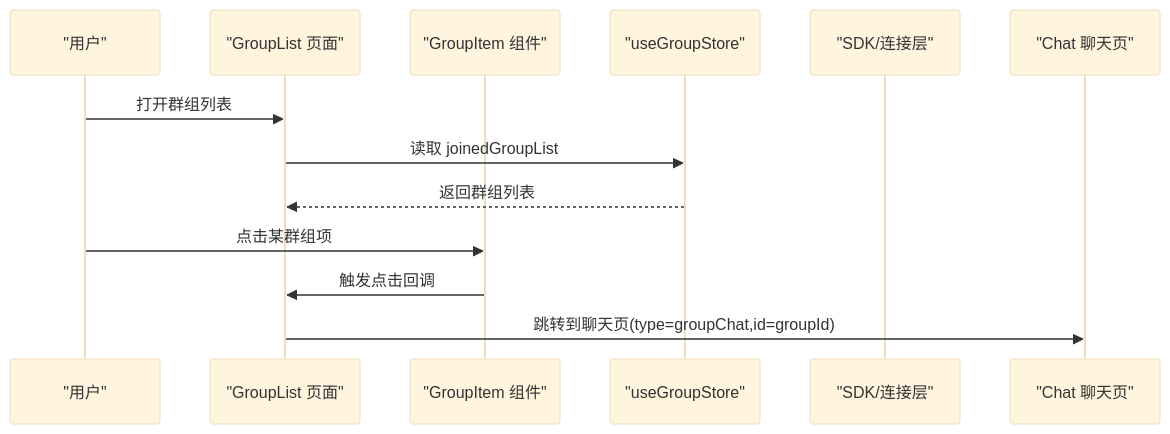
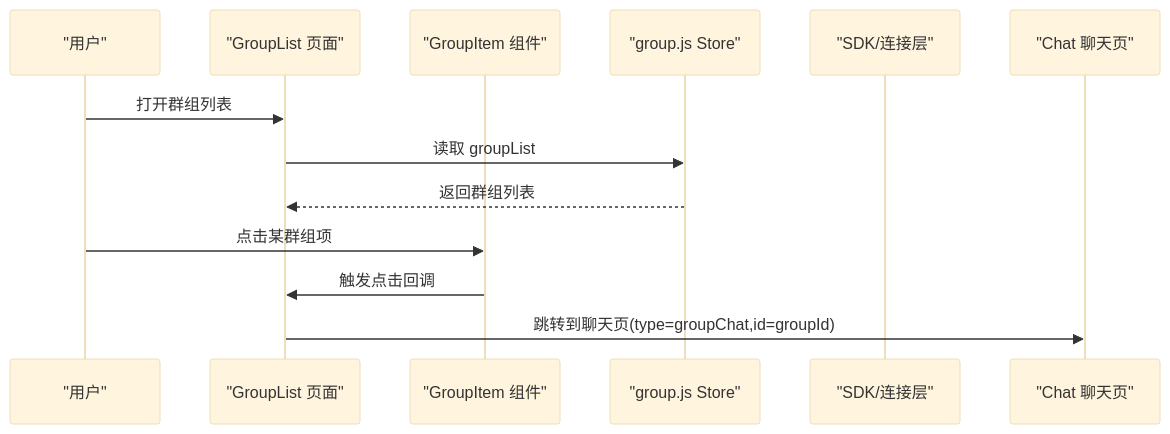
The second of 9 diagrams in .qoder/repowiki/zh/content/群组模块/群组模块.md (Easemob-Community/easemob-uikit-uniapp-community), drawn with Mermaid (base theme) before and after one commit. The commit also changed other lines of this file and 14 other files, not shown here.

````diff
--- a/.qoder/repowiki/zh/content/群组模块/群组模块.md
+++ b/.qoder/repowiki/zh/content/群组模块/群组模块.md
@@ -117,15 +115,15 @@
 ```mermaid
 sequenceDiagram
 participant U as "用户"
 participant GL as "GroupList 页面"
 participant GI as "GroupItem 组件"
-participant GS as "useGroupStore"
+participant GS as "group.js Store"
 participant SDK as "SDK/连接层"
 participant CH as "Chat 聊天页"
 U->>GL : 打开群组列表
-GL->>GS : 读取 joinedGroupList
+GL->>GS : 读取 groupList
 GS-->>GL : 返回群组列表
 U->>GI : 点击某群组项
 GI->>GL : 触发点击回调
 GL->>CH : 跳转到聊天页(type=groupChat,id=groupId)
 ```
````
